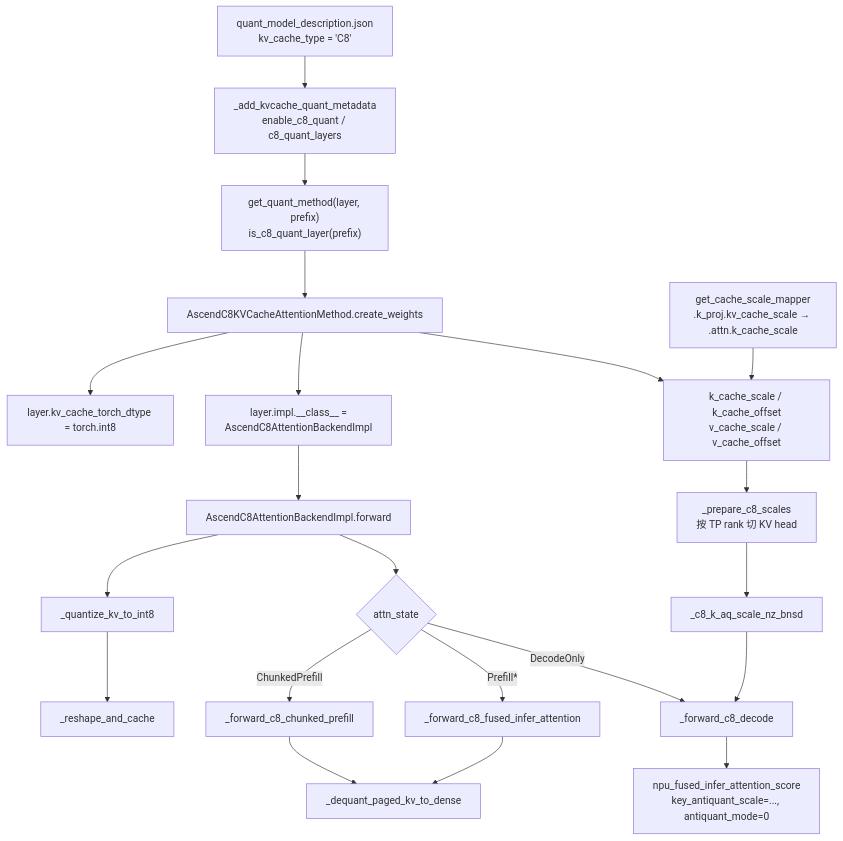
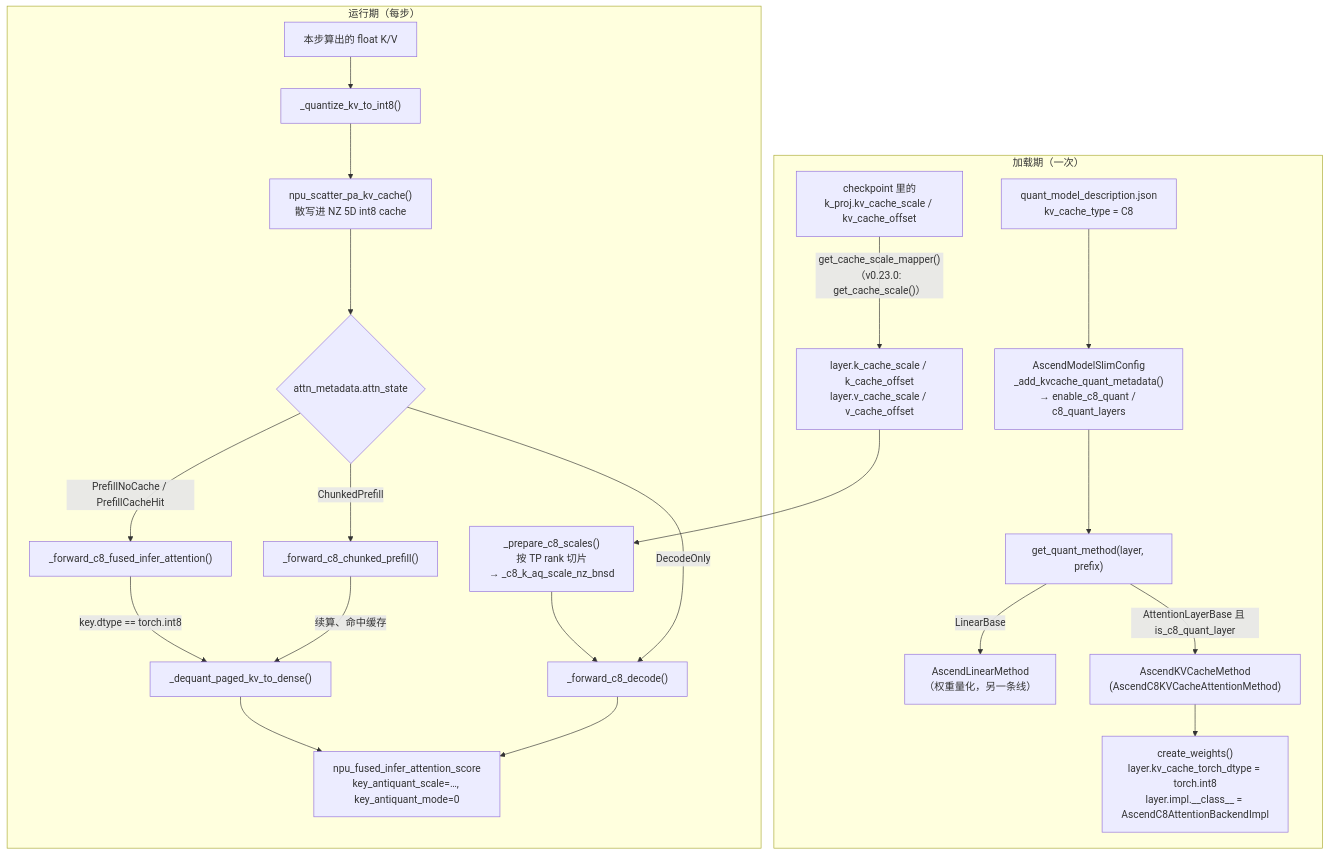
The diagram in wiki/_drafts/kv-cache-quantization.md (BailanCaptain/infer-lab), drawn with Mermaid before and after one commit. The commit also changed other lines of this file and 21 other files, not shown here.

````diff
--- a/wiki/_drafts/kv-cache-quantization.md
+++ b/wiki/_drafts/kv-cache-quantization.md
@@ -60,23 +71,26 @@
 ```mermaid
-flowchart TD
-    A["quant_model_description.json<br/>kv_cache_type = 'C8'"] --> B["_add_kvcache_quant_metadata<br/>enable_c8_quant / c8_quant_layers"]
-    B --> C["get_quant_method(layer, prefix)<br/>is_c8_quant_layer(prefix)"]
-    C --> D["AscendC8KVCacheAttentionMethod.create_weights"]
-    D --> E["layer.kv_cache_torch_dtype = torch.int8"]
-    D --> F["layer.impl.__class__ =<br/>AscendC8AttentionBackendImpl"]
-    D --> G["k_cache_scale / k_cache_offset<br/>v_cache_scale / v_cache_offset"]
-    H["get_cache_scale_mapper<br/>.k_proj.kv_cache_scale → .attn.k_cache_scale"] --> G
-    G --> I["_prepare_c8_scales<br/>按 TP rank 切 KV head"]
-    I --> J["_c8_k_aq_scale_nz_bnsd"]
-    F --> K["AscendC8AttentionBackendImpl.forward"]
-    K --> L["_quantize_kv_to_int8"]
-    L --> M["_reshape_and_cache"]
-    K --> N{"attn_state"}
-    N -->|DecodeOnly| O["_forward_c8_decode"]
-    N -->|ChunkedPrefill| P["_forward_c8_chunked_prefill"]
-    N -->|Prefill*| Q["_forward_c8_fused_infer_attention"]
-    J --> O
-    O --> R["npu_fused_infer_attention_score<br/>key_antiquant_scale=..., antiquant_mode=0"]
-    P --> S["_dequant_paged_kv_to_dense"]
-    Q --> S
+flowchart TB
+  subgraph load["加载期（一次）"]
+    A["quant_model_description.json<br/>kv_cache_type = C8"] --> B["AscendModelSlimConfig<br/>_add_kvcache_quant_metadata()<br/>→ enable_c8_quant / c8_quant_layers"]
+    B --> C["get_quant_method(layer, prefix)"]
+    C -->|LinearBase| D["AscendLinearMethod<br/>（权重量化，另一条线）"]
+    C -->|"AttentionLayerBase 且 is_c8_quant_layer"| E["AscendKVCacheMethod<br/>(AscendC8KVCacheAttentionMethod)"]
+    E --> F["create_weights()<br/>layer.kv_cache_torch_dtype = torch.int8<br/>layer.impl.__class__ = AscendC8AttentionBackendImpl"]
+    G["checkpoint 里的<br/>k_proj.kv_cache_scale / kv_cache_offset"] -->|"get_cache_scale_mapper()<br/>（v0.23.0: get_cache_scale()）"| H["layer.k_cache_scale / k_cache_offset<br/>layer.v_cache_scale / v_cache_offset"]
+  end
+
+  subgraph run["运行期（每步）"]
+    H --> I["_prepare_c8_scales()<br/>按 TP rank 切片<br/>→ _c8_k_aq_scale_nz_bnsd"]
+    J["本步算出的 float K/V"] --> K["_quantize_kv_to_int8()"]
+    K --> L["npu_scatter_pa_kv_cache()<br/>散写进 NZ 5D int8 cache"]
+    L --> M{"attn_metadata.attn_state"}
+    M -->|DecodeOnly| N["_forward_c8_decode()"]
+    M -->|ChunkedPrefill| O["_forward_c8_chunked_prefill()"]
+    M -->|"PrefillNoCache / PrefillCacheHit"| P["_forward_c8_fused_infer_attention()"]
+    I --> N
+    N --> R["npu_fused_infer_attention_score<br/>key_antiquant_scale=…, key_antiquant_mode=0"]
+    O -->|"续算、命中缓存"| Q["_dequant_paged_kv_to_dense()"]
+    P -->|"key.dtype == torch.int8"| Q
+    Q --> R
+  end
 ```
````
